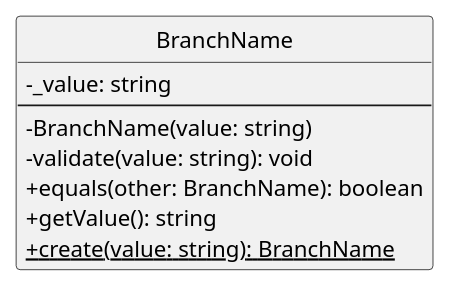
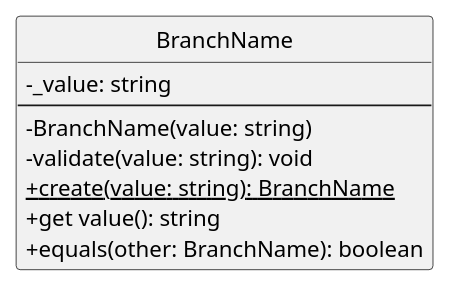
The diagram in assets/st_diagrams/code/plantuml/analysis/domain/valueObjects/branchName.vo.plantuml (SkarabGroup/DocumentazioneProgetto), drawn with PlantUML before and after one commit. The commit also changed 88 other files, not shown here.

```diff
--- a/assets/st_diagrams/code/plantuml/analysis/domain/valueObjects/branchName.vo.plantuml
+++ b/assets/st_diagrams/code/plantuml/analysis/domain/valueObjects/branchName.vo.plantuml
@@ -1,20 +1,18 @@
 @startuml BranchName
-
 skinparam componentStyle uml2.5
 skinparam linetype ortho
-skinparam nodesep auto
-skinparam ranksep 70
+skinparam nodesep 30
+skinparam ranksep 30
 skinparam ClassAttributeIconSize 0
 hide circles
 
 class BranchName {
     - _value: string
     ---
     - BranchName(value: string)
     - validate(value: string): void
+    + {static} create(value: string): BranchName
+    + get value(): string
     + equals(other: BranchName): boolean
-    + getValue(): string
-    + {static} create(value: string): BranchName
 }
-
 @enduml
```
